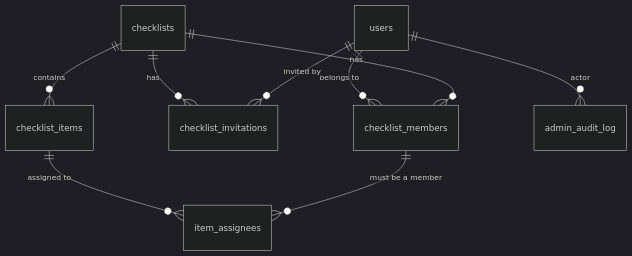
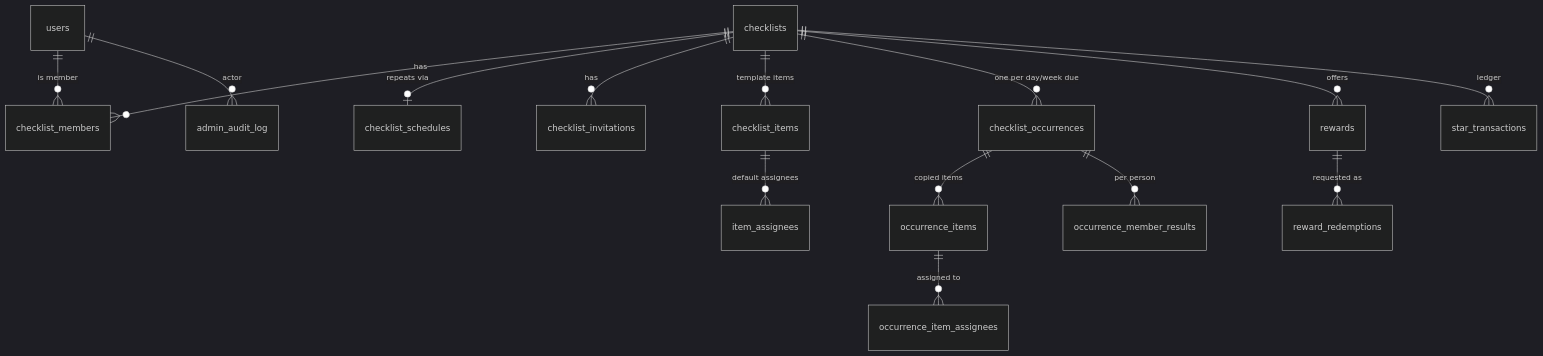
Before and after one commit to munl/MyCheckList: the diagram in README.md, drawn with Mermaid (dark theme). The commit also changed other lines of this file and 12 other files, not shown here.

First line of the commit message:
Add repeating lists, stars, streaks and rewards to the schema

````diff
--- a/README.md
+++ b/README.md
@@ -13,11 +25,17 @@
 ```mermaid
 erDiagram
-    users ||--o{ checklist_members : "belongs to"
+    users ||--o{ checklist_members : "is member"
     checklists ||--o{ checklist_members : has
+    checklists ||--o| checklist_schedules : "repeats via"
     checklists ||--o{ checklist_invitations : has
-    users ||--o{ checklist_invitations : "invited by"
-    checklists ||--o{ checklist_items : contains
-    checklist_items ||--o{ item_assignees : "assigned to"
-    checklist_members ||--o{ item_assignees : "must be a member"
-    users ||--o{ admin_audit_log : "actor"
+    checklists ||--o{ checklist_items : "template items"
+    checklist_items ||--o{ item_assignees : "default assignees"
+    checklists ||--o{ checklist_occurrences : "one per day/week due"
+    checklist_occurrences ||--o{ occurrence_items : "copied items"
+    occurrence_items ||--o{ occurrence_item_assignees : "assigned to"
+    checklist_occurrences ||--o{ occurrence_member_results : "per person"
+    checklists ||--o{ rewards : offers
+    rewards ||--o{ reward_redemptions : "requested as"
+    checklists ||--o{ star_transactions : ledger
+    users ||--o{ admin_audit_log : actor
 ```
````
